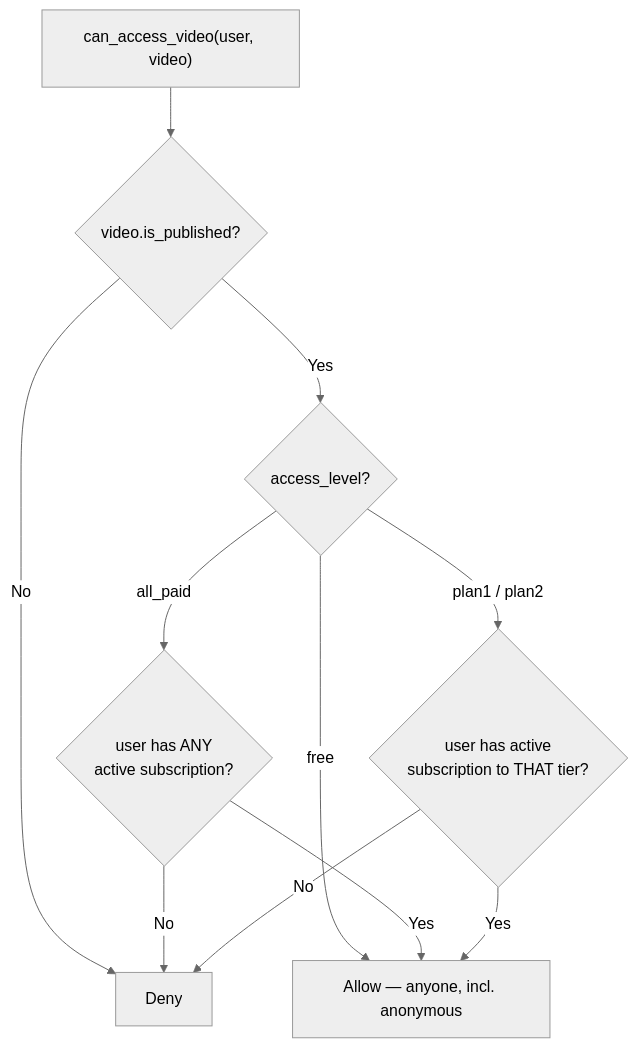
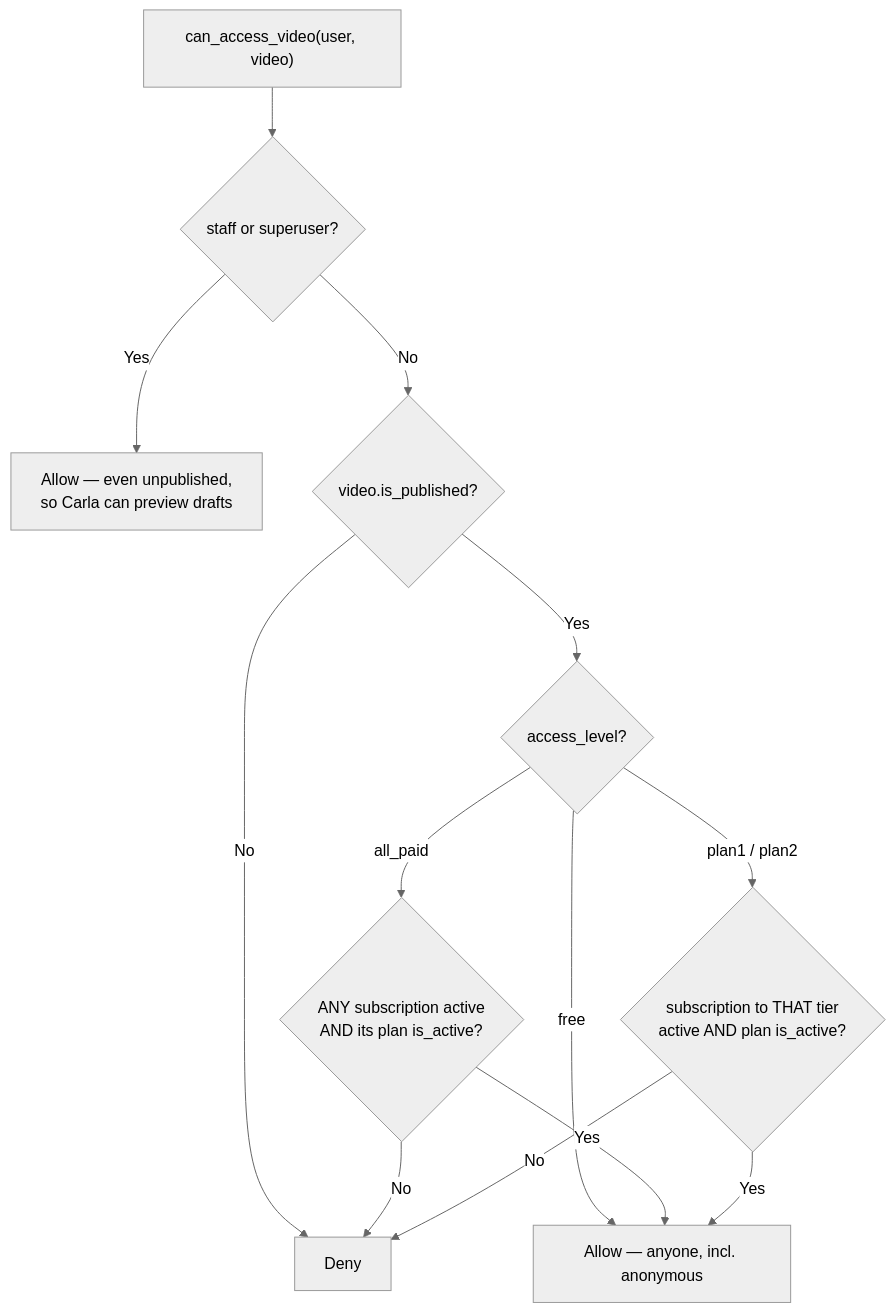
One commit to hokuto06/recreobienestar changed the fifth of 6 diagrams in backend/ARCHITECTURE.md. Above: the diagram before and after it, drawn with Mermaid (neutral theme). The commit also changed other lines of this file and 63 other files, not shown here.

````diff
--- a/backend/ARCHITECTURE.md
+++ b/backend/ARCHITECTURE.md
@@ -183,13 +204,15 @@
 ```mermaid
 flowchart TD
-    Start["can_access_video(user, video)"] --> Pub{video.is_published?}
+    Start["can_access_video(user, video)"] --> Staff{staff or superuser?}
+    Staff -->|Yes| Allow[Allow — even unpublished,\nso Carla can preview drafts]
+    Staff -->|No| Pub{video.is_published?}
     Pub -->|No| Deny[Deny]
     Pub -->|Yes| Level{access_level?}
-    Level -->|free| Allow[Allow — anyone, incl. anonymous]
-    Level -->|all_paid| AnyPlan{user has ANY\nactive subscription?}
-    Level -->|plan1 / plan2| ThatPlan{user has active\nsubscription to THAT tier?}
-    AnyPlan -->|Yes| Allow
+    Level -->|free| Allow2[Allow — anyone, incl. anonymous]
+    Level -->|all_paid| AnyPlan{ANY subscription active\nAND its plan is_active?}
+    Level -->|plan1 / plan2| ThatPlan{subscription to THAT tier\nactive AND plan is_active?}
+    AnyPlan -->|Yes| Allow2
     AnyPlan -->|No| Deny
-    ThatPlan -->|Yes| Allow
+    ThatPlan -->|Yes| Allow2
     ThatPlan -->|No| Deny
 ```
````
